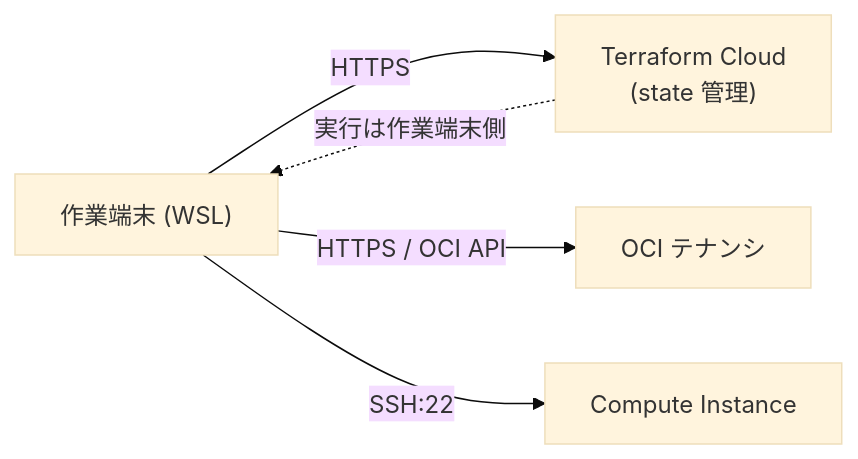
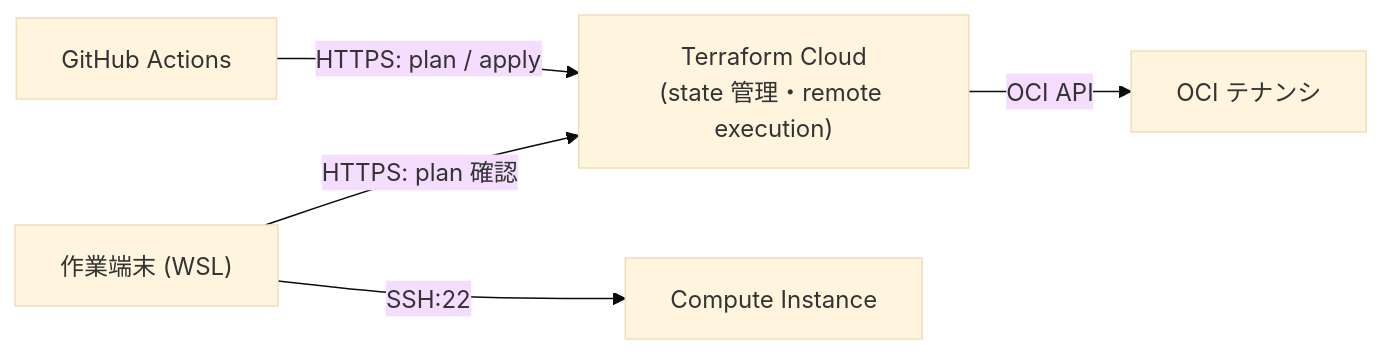
Before and after one commit to Seiya-Nakagawa/infra-oci: the first of 2 diagrams in docs/02.design/08.platform-control/8章_基本設計書_基盤制御.md, drawn with Mermaid (base theme). The commit also changed other lines of this file and 6 other files, not shown here.

First line of the commit message:
feat: Terraform の適用を GitHub Actions による CI/CD に移行する (#136)

````diff
--- a/docs/02.design/08.platform-control/8章_基本設計書_基盤制御.md
+++ b/docs/02.design/08.platform-control/8章_基本設計書_基盤制御.md
@@ -25,7 +27,7 @@
 ```mermaid
 graph LR
-    OP["作業端末 (WSL)"] -->|HTTPS| TFC["Terraform Cloud<br/>(state 管理)"]
-    OP -->|HTTPS / OCI API| OCI["OCI テナンシ"]
+    GHA["GitHub Actions"] -->|HTTPS: plan / apply| TFC["Terraform Cloud<br/>(state 管理・remote execution)"]
+    TFC -->|OCI API| OCI["OCI テナンシ"]
+    OP["作業端末 (WSL)"] -->|HTTPS: plan 確認| TFC
     OP -->|SSH:22| INST["Compute Instance"]
-    TFC -.->|実行は作業端末側| OP
 ```
````
